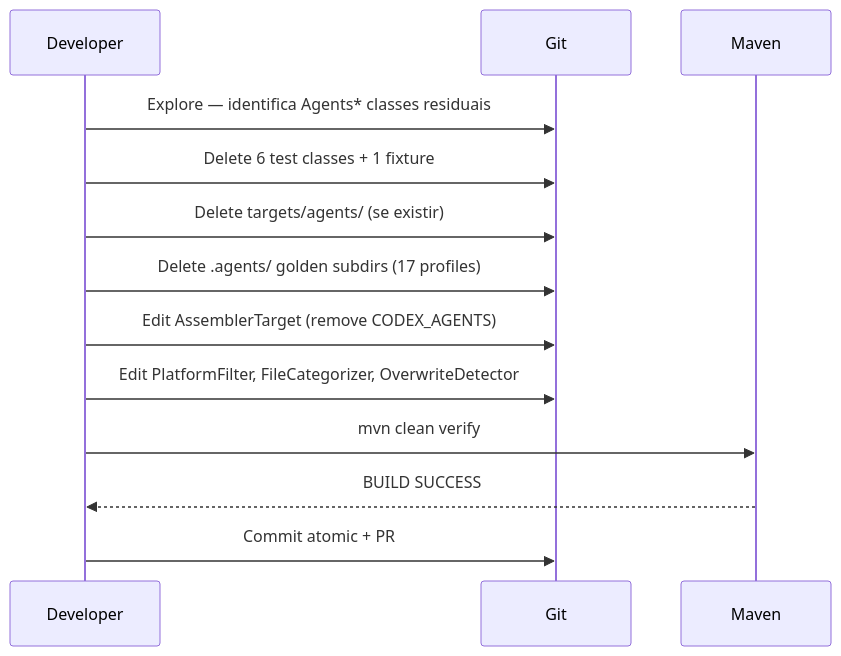
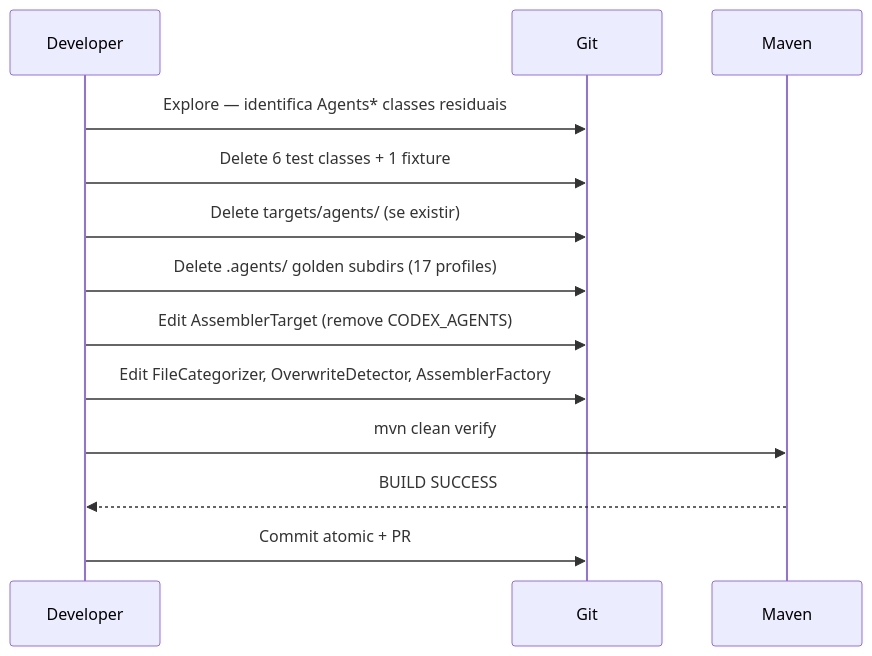
The second of 2 diagrams in plans/epic-0034/story-0034-0003.md (edercnj/ia-dev-environment), drawn with Mermaid before and after one commit. The commit also changed other lines of this file and 5 other files, not shown here.

````diff
--- a/plans/epic-0034/story-0034-0003.md
+++ b/plans/epic-0034/story-0034-0003.md
@@ -152,16 +152,16 @@
 ```mermaid
 sequenceDiagram
     participant Dev as Developer
     participant Git as Git
     participant Build as Maven
 
     Dev->>Git: Explore — identifica Agents* classes residuais
     Dev->>Git: Delete 6 test classes + 1 fixture
     Dev->>Git: Delete targets/agents/ (se existir)
     Dev->>Git: Delete .agents/ golden subdirs (17 profiles)
     Dev->>Git: Edit AssemblerTarget (remove CODEX_AGENTS)
-    Dev->>Git: Edit PlatformFilter, FileCategorizer, OverwriteDetector
+    Dev->>Git: Edit FileCategorizer, OverwriteDetector, AssemblerFactory
     Dev->>Build: mvn clean verify
     Build-->>Dev: BUILD SUCCESS
     Dev->>Git: Commit atomic + PR
 ```
````
